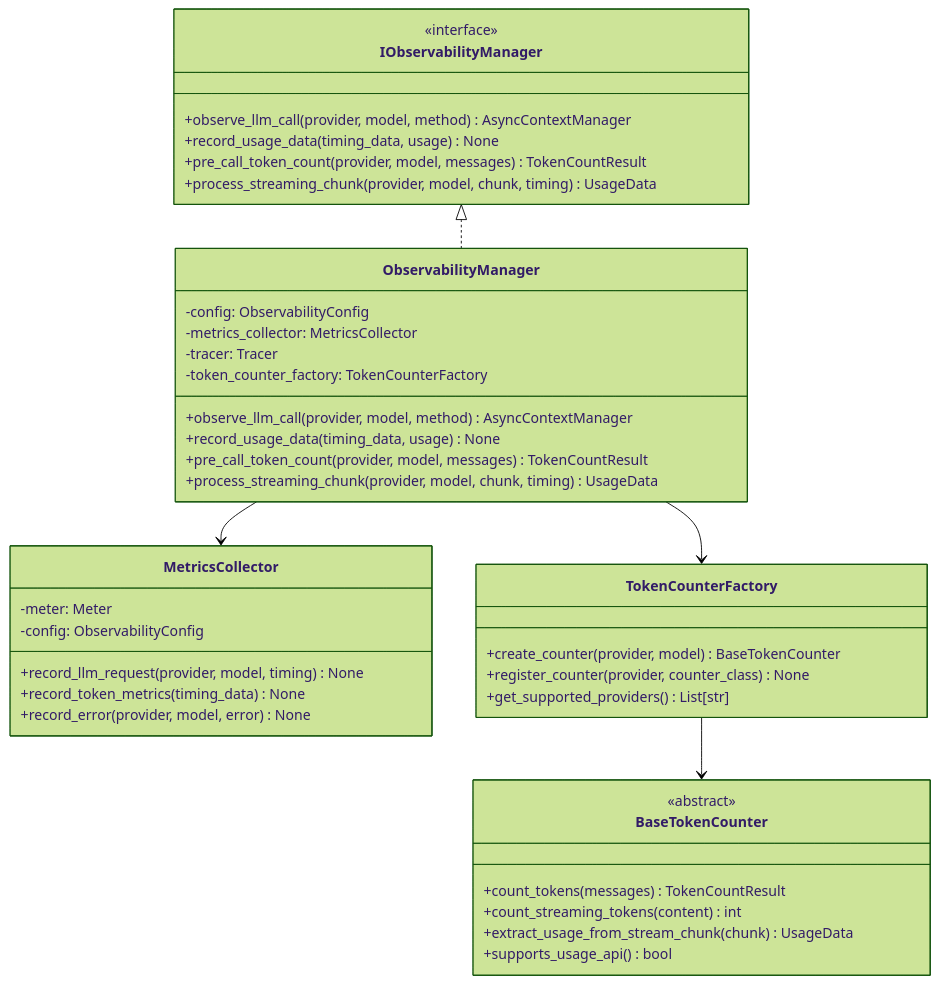
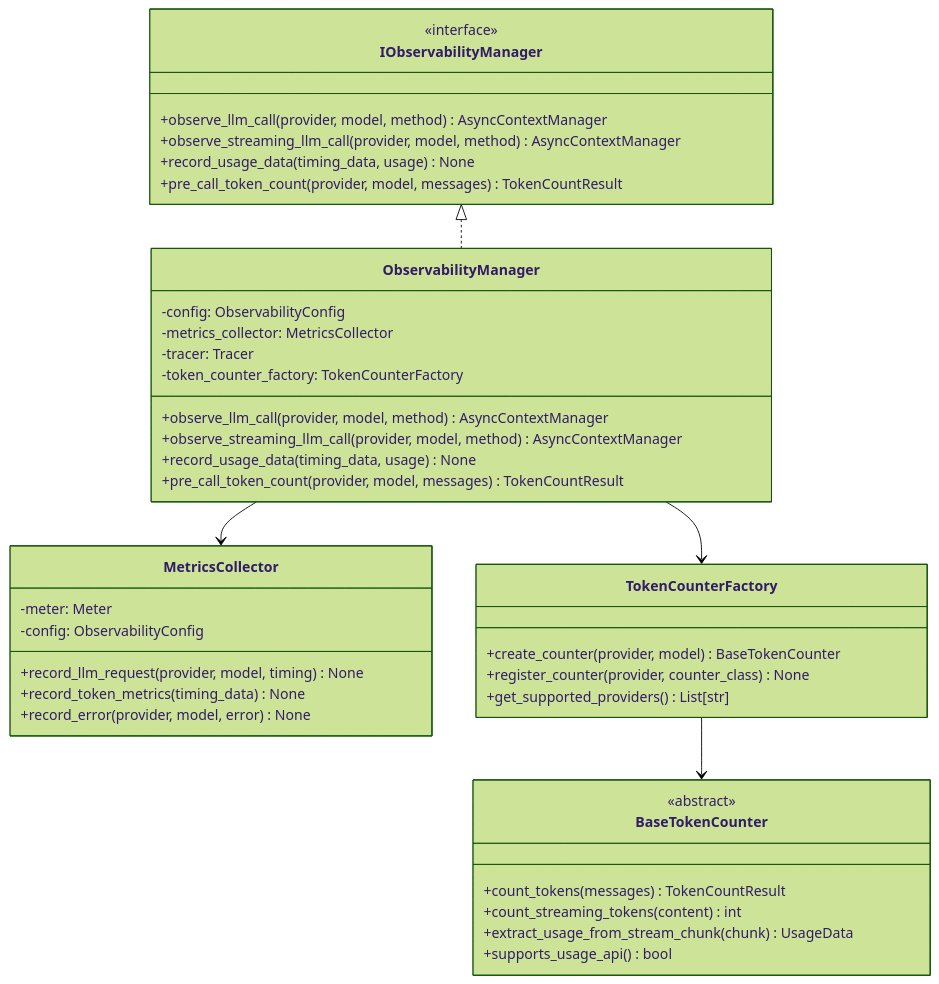
Before and after one commit to nimunzn/arshai: the ninth of 9 diagrams in docs/technical/architecture.md, drawn with Mermaid (forest theme). The commit also changed other lines of this file, not shown here.

First line of the commit message:
docs: update main architecture documentation with agent system integration

````diff
--- a/docs/technical/architecture.md
+++ b/docs/technical/architecture.md
@@ -599,48 +716,48 @@
 ```mermaid
 classDiagram
     class IObservabilityManager {
         <<interface>>
         +observe_llm_call(provider, model, method) AsyncContextManager
+        +observe_streaming_llm_call(provider, model, method) AsyncContextManager
         +record_usage_data(timing_data, usage) None
         +pre_call_token_count(provider, model, messages) TokenCountResult
-        +process_streaming_chunk(provider, model, chunk, timing) UsageData
     }
     
     class ObservabilityManager {
         -config: ObservabilityConfig
         -metrics_collector: MetricsCollector
         -tracer: Tracer
         -token_counter_factory: TokenCounterFactory
         +observe_llm_call(provider, model, method) AsyncContextManager
+        +observe_streaming_llm_call(provider, model, method) AsyncContextManager
         +record_usage_data(timing_data, usage) None
         +pre_call_token_count(provider, model, messages) TokenCountResult
-        +process_streaming_chunk(provider, model, chunk, timing) UsageData
     }
     
     class MetricsCollector {
         -meter: Meter
         -config: ObservabilityConfig
         +record_llm_request(provider, model, timing) None
         +record_token_metrics(timing_data) None
         +record_error(provider, model, error) None
     }
     
     class TokenCounterFactory {
         +create_counter(provider, model) BaseTokenCounter
         +register_counter(provider, counter_class) None
         +get_supported_providers() List[str]
     }
     
     class BaseTokenCounter {
         <<abstract>>
         +count_tokens(messages) TokenCountResult
         +count_streaming_tokens(content) int
         +extract_usage_from_stream_chunk(chunk) UsageData
         +supports_usage_api() bool
     }
     
     IObservabilityManager <|.. ObservabilityManager
     ObservabilityManager --> MetricsCollector
     ObservabilityManager --> TokenCounterFactory
     TokenCounterFactory --> BaseTokenCounter
 ```
````
